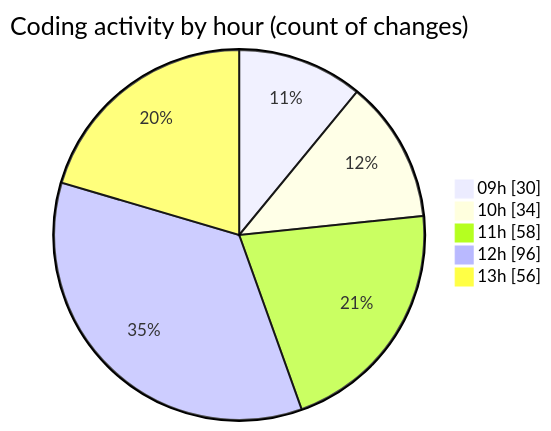
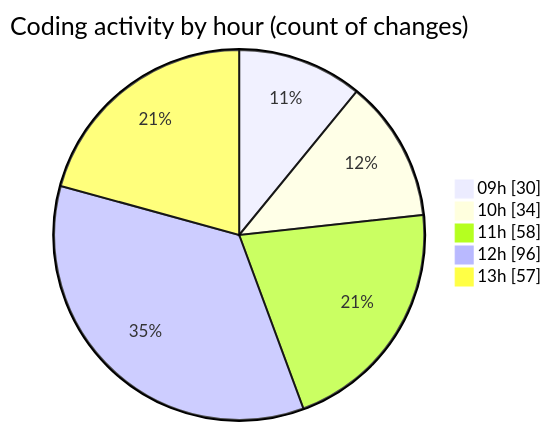
Before and after one commit to momahboobian/code-tracking: the second of 2 diagrams in 2025-04-02/cda/README.md, drawn with Mermaid. The commit also changed other lines of this file and 1 other file, not shown here.

````diff
--- a/2025-04-02/cda/README.md
+++ b/2025-04-02/cda/README.md
@@ -36,9 +36,9 @@
 ```mermaid
 pie showData
 title Coding activity by hour (count of changes)
 "09h" : 30
 "10h" : 34
 "11h" : 58
 "12h" : 96
-"13h" : 56
+"13h" : 57
 ```
````
